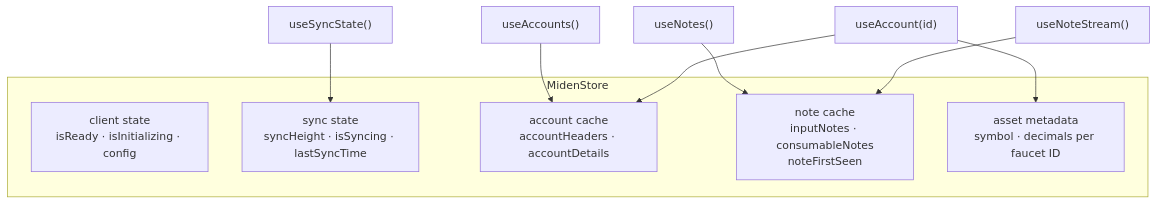
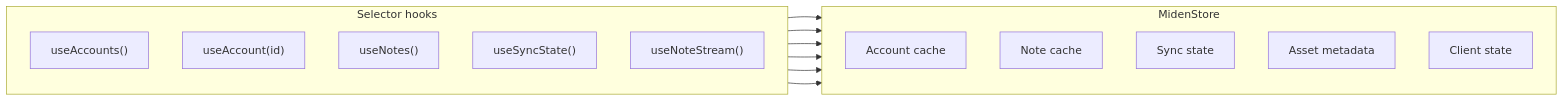
One commit to 0xMiden/miden-client changed the third of 5 diagrams in docs/external/src/react-client/design.md. Above: the diagram before and after it, drawn with Mermaid. The commit also changed other lines of this file, not shown here.

Commit message:
docs: redesign Zustand store and signer diagrams for readability

````diff
--- a/docs/external/src/react-client/design.md
+++ b/docs/external/src/react-client/design.md
@@ -67,17 +67,27 @@
 ```mermaid
-flowchart TB
-    subgraph ZustandStore["MidenStore"]
-        Client["client state<br/>isReady · isInitializing · config"]
-        Sync["sync state<br/>syncHeight · isSyncing · lastSyncTime"]
-        Accounts["account cache<br/>accountHeaders · accountDetails"]
-        Notes["note cache<br/>inputNotes · consumableNotes<br/>noteFirstSeen"]
-        Assets["asset metadata<br/>symbol · decimals per faucet ID"]
+flowchart LR
+    subgraph Hooks["Selector hooks"]
+        direction TB
+        H1["useAccounts()"]
+        H2["useAccount(id)"]
+        H3["useNotes()"]
+        H4["useSyncState()"]
+        H5["useNoteStream()"]
     end
 
-    Hook1["useAccounts()"] --> Accounts
-    Hook2["useAccount(id)"] --> Accounts
-    Hook2 --> Assets
-    Hook3["useNotes()"] --> Notes
-    Hook4["useSyncState()"] --> Sync
-    Hook5["useNoteStream()"] --> Notes
+    subgraph Store["MidenStore"]
+        direction TB
+        Accounts["Account cache"]
+        Notes["Note cache"]
+        Sync["Sync state"]
+        Assets["Asset metadata"]
+        Client["Client state"]
+    end
+
+    H1 --> Accounts
+    H2 --> Accounts
+    H2 --> Assets
+    H3 --> Notes
+    H4 --> Sync
+    H5 --> Notes
 ```
````
